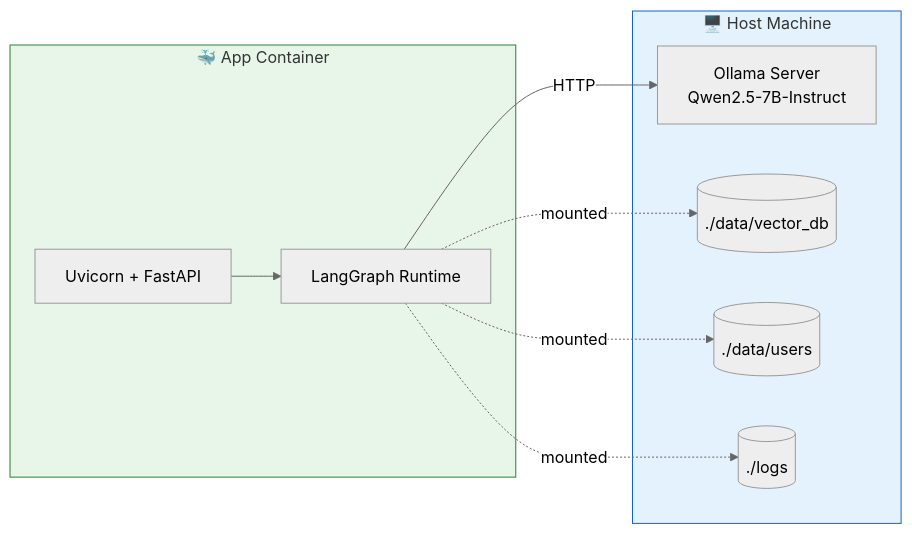
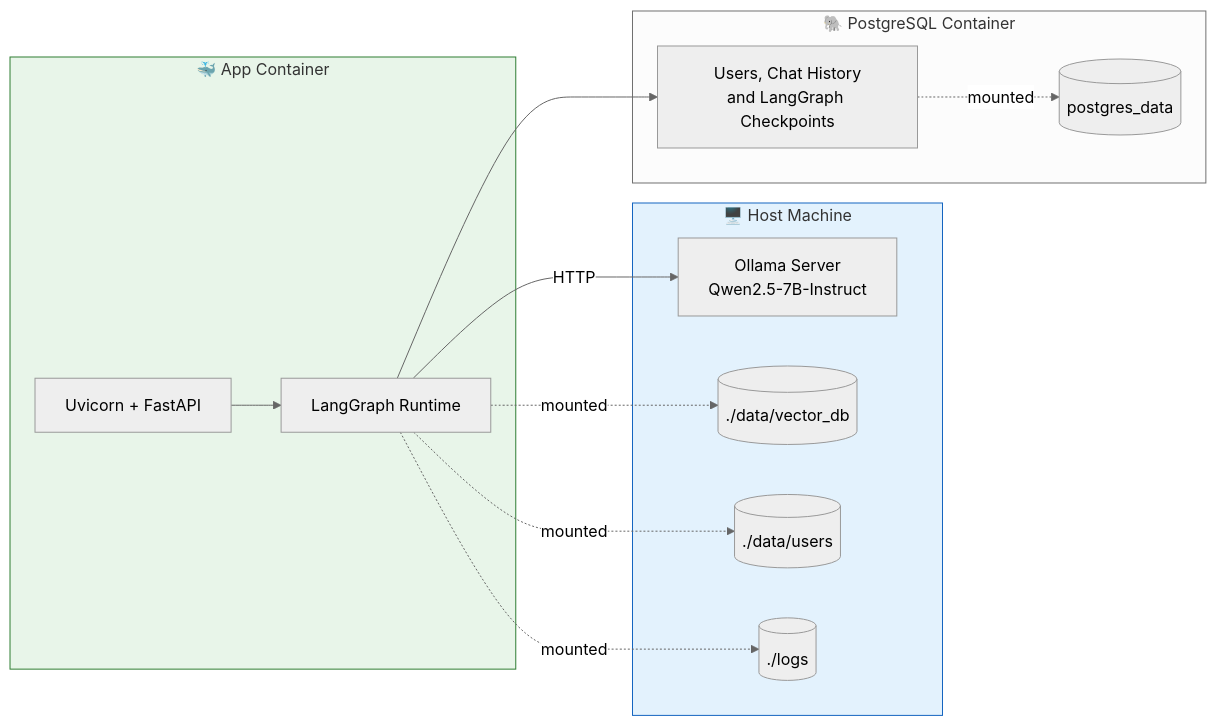
One commit to Nishant0510/AI-Agent changed the eighth of 14 diagrams in Readme.md. Above: the diagram before and after it, drawn with Mermaid (neutral theme). The commit also changed other lines of this file and 32 other files, not shown here.

````diff
--- a/Readme.md
+++ b/Readme.md
@@ -665,23 +680,30 @@
 ```mermaid
 graph LR
     subgraph Host["🖥️ Host Machine"]
         OLLAMA["Ollama Server<br/>Qwen2.5-7B-Instruct"]
         VOLDB[("./data/vector_db")]
         VOLUSERS[("./data/users")]
         VOLLOGS[("./logs")]
     end
  
     subgraph Container["🐳 App Container"]
         UVICORN["Uvicorn + FastAPI"]
         GRAPH["LangGraph Runtime"]
     end
+
+    subgraph Database["🐘 PostgreSQL Container"]
+        PG["Users, Chat History<br/>and LangGraph Checkpoints"]
+        PGDATA[("postgres_data")]
+    end
  
     GRAPH -->|HTTP| OLLAMA
     UVICORN --> GRAPH
     GRAPH -.mounted.-> VOLDB
     GRAPH -.mounted.-> VOLUSERS
     GRAPH -.mounted.-> VOLLOGS
+    GRAPH --> PG
+    PG -.mounted.-> PGDATA
  
     style Host fill:#e3f2fd,stroke:#1565c0
     style Container fill:#e8f5e9,stroke:#2e7d32
 ```
````
